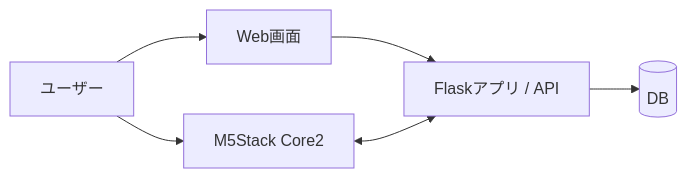
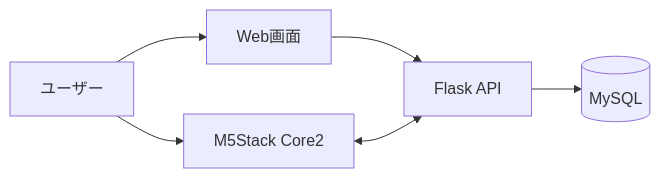
Before and after one commit to shinkai23/tickstack-portfolio: the diagram in README.md, drawn with Mermaid. The commit also changed other lines of this file and 17 other files, not shown here.

````diff
--- a/README.md
+++ b/README.md
@@ -47,8 +47,8 @@
 ```mermaid
 flowchart LR
     User[ユーザー] --> Web[Web画面]
-    Web --> Flask[Flaskアプリ / API]
-    Flask --> DB[(DB)]
+    Web --> Flask[Flask API]
+    Flask --> DB[(MySQL)]
     User --> M5[M5Stack Core2]
     M5 <--> Flask
 ```
````
